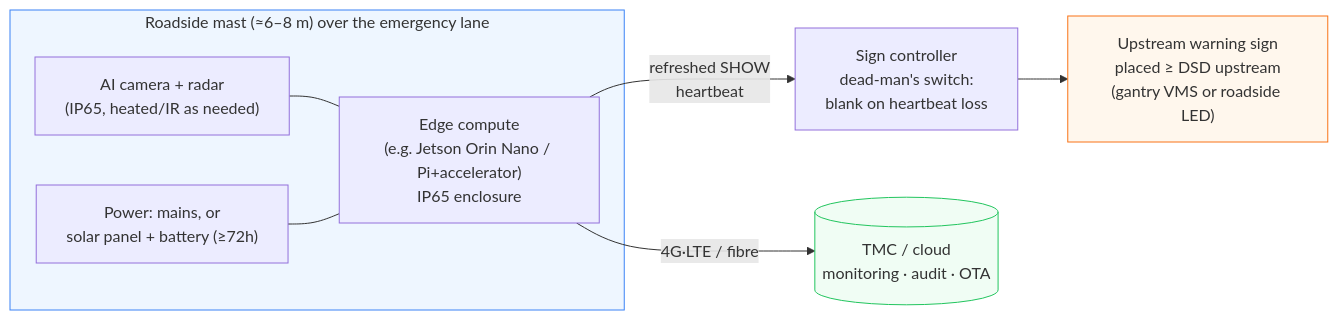
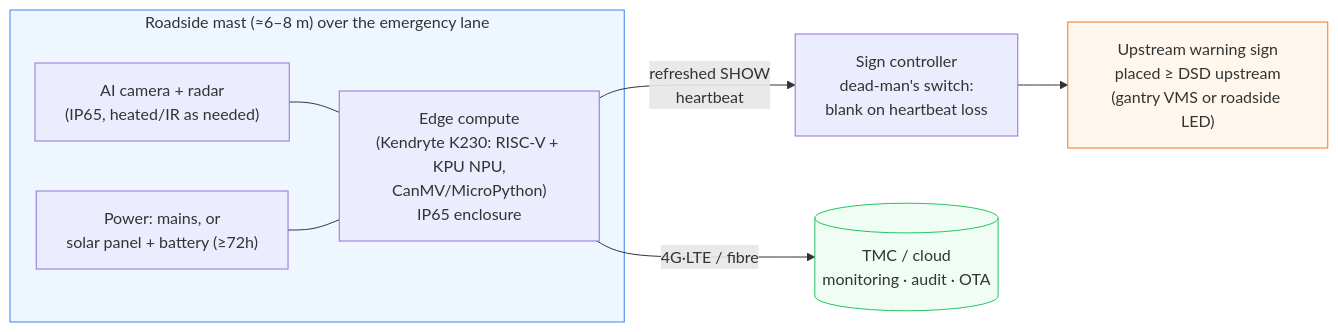
One commit to tritinpho/emergency-stop-warning-system changed the second of 4 diagrams in docs/02-system-architecture.md. Above: the diagram before and after it, drawn with Mermaid. The commit also changed other lines of this file and 3 other files, not shown here.

First line of the commit message:
Refresh edge-compute platform to K230 (doc 02) + add K230 timing spike

````diff
--- a/docs/02-system-architecture.md
+++ b/docs/02-system-architecture.md
@@ -120,18 +120,18 @@
 ```mermaid
 flowchart LR
     subgraph POLE["Roadside mast (≈6–8 m) over the emergency lane"]
         SENSORS["AI camera + radar<br/>(IP65, heated/IR as needed)"]
-        EDGE["Edge compute<br/>(e.g. Jetson Orin Nano / Pi+accelerator)<br/>IP65 enclosure"]
+        EDGE["Edge compute<br/>(Kendryte K230: RISC-V + KPU NPU,<br/>CanMV/MicroPython)<br/>IP65 enclosure"]
         PWR["Power: mains, or<br/>solar panel + battery (≥72h)"]
         SENSORS --- EDGE
         PWR --- EDGE
     end
 
     EDGE -- "refreshed SHOW<br/>heartbeat" --> SIGNCTL["Sign controller<br/>dead-man's switch:<br/>blank on heartbeat loss"]
     SIGNCTL --> LED["Upstream warning sign<br/>placed ≥ DSD upstream<br/>(gantry VMS or roadside LED)"]
     EDGE -- "4G·LTE / fibre" --> CLOUD[("TMC / cloud<br/>monitoring · audit · OTA")]
 
     style POLE fill:#eef6ff,stroke:#3b82f6
     style LED fill:#fff7ed,stroke:#f97316
     style CLOUD fill:#f0fdf4,stroke:#22c55e
 ```
````
